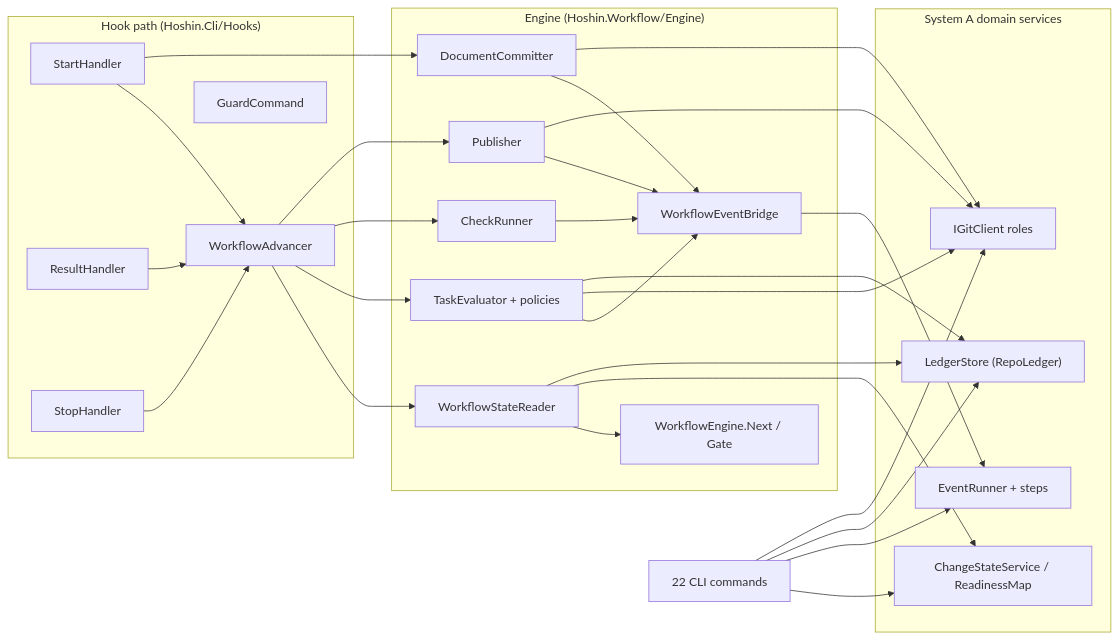
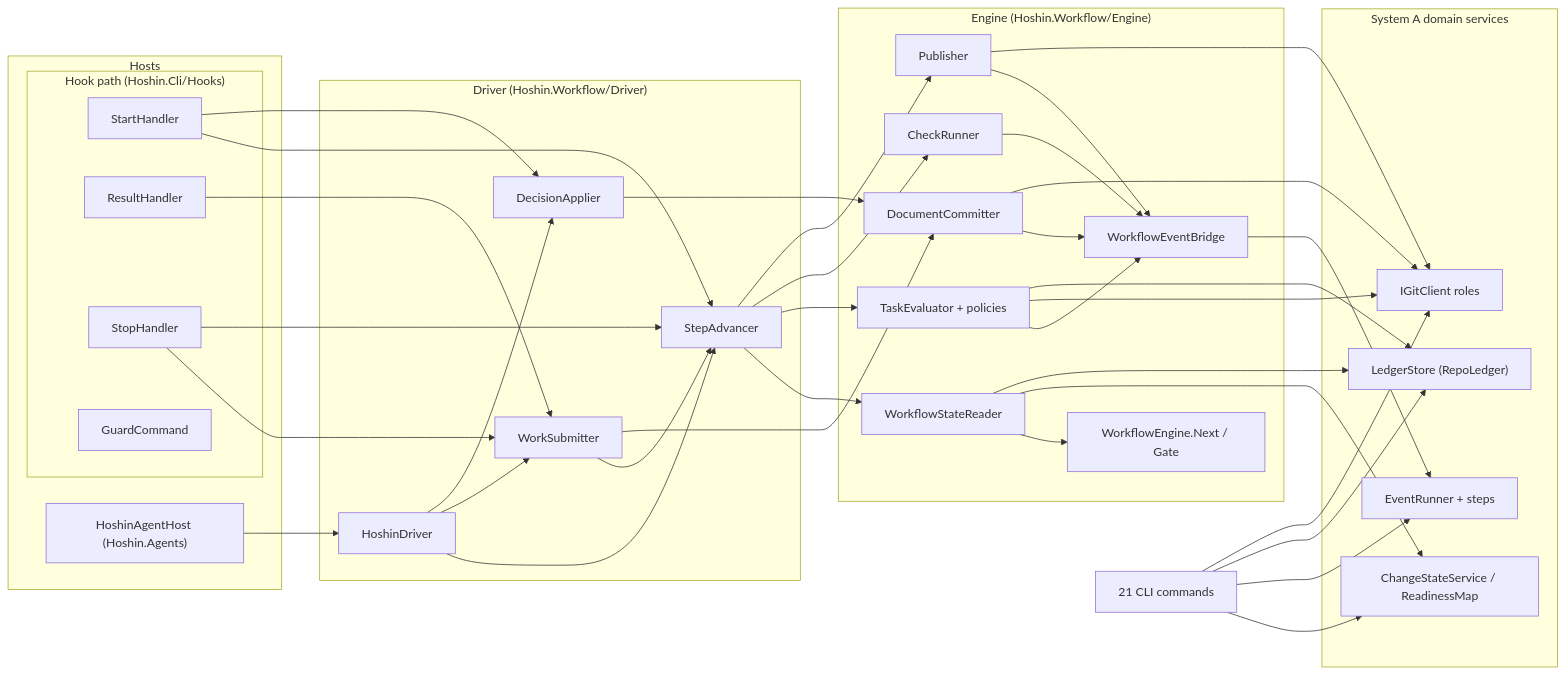
Before and after one commit to satish-krishna/Hoshin.Net: the first of 2 diagrams in docs/review/PRIMER.md, drawn with Mermaid. The commit also changed other lines of this file and 89 other files, not shown here.

First line of the commit message:
feat(workflow)!: one driver for every host, a Microsoft Agent Framework host, and no migrate (#12)

````diff
--- a/docs/review/PRIMER.md
+++ b/docs/review/PRIMER.md
@@ -148,30 +156,44 @@
 ```mermaid
 flowchart LR
-    subgraph Hooks["Hook path (Hoshin.Cli/Hooks)"]
-        SH["StartHandler"] --> ADV["WorkflowAdvancer"]
-        RH["ResultHandler"] --> ADV
-        STH["StopHandler"] --> ADV
-        GD["GuardCommand"]
+    subgraph Hosts["Hosts"]
+        subgraph Hooks["Hook path (Hoshin.Cli/Hooks)"]
+            SH["StartHandler"]
+            RH["ResultHandler"]
+            STH["StopHandler"]
+            GD["GuardCommand"]
+        end
+        MAF["HoshinAgentHost (Hoshin.Agents)"]
+    end
+    subgraph Driver["Driver (Hoshin.Workflow/Driver)"]
+        DRV["HoshinDriver"]
+        ADV["StepAdvancer"]
+        SUB["WorkSubmitter"]
+        DEC["DecisionApplier"]
     end
     subgraph Engine["Engine (Hoshin.Workflow/Engine)"]
         WSR["WorkflowStateReader"] --> NEXT["WorkflowEngine.Next / Gate"]
         TE["TaskEvaluator + policies"]
         CR["CheckRunner"]
         PUB["Publisher"]
         DC["DocumentCommitter"]
         BR["WorkflowEventBridge"]
     end
     subgraph Domain["System A domain services"]
         CS["ChangeStateService / ReadinessMap"]
         EVR["EventRunner + steps"]
         LS["LedgerStore (RepoLedger)"]
         GIT["IGitClient roles"]
     end
-    CLI["22 CLI commands"] --> CS & EVR & LS & GIT
+    CLI["21 CLI commands"] --> CS & EVR & LS & GIT
+    MAF --> DRV --> ADV & SUB & DEC
+    SH --> ADV & DEC
+    RH & STH --> SUB
+    STH --> ADV
+    SUB --> ADV & DC
+    DEC --> DC
     ADV --> WSR & TE & CR & PUB
-    SH --> DC
     WSR --> CS & LS
     TE & CR & PUB & DC --> BR --> EVR
     TE & PUB & DC --> GIT
     TE --> LS
 ```
````
